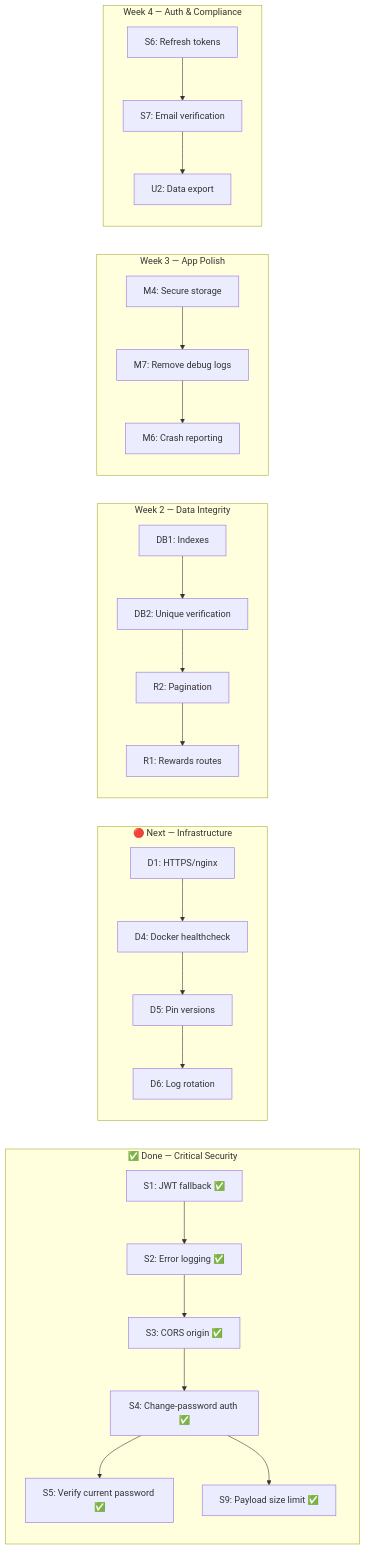
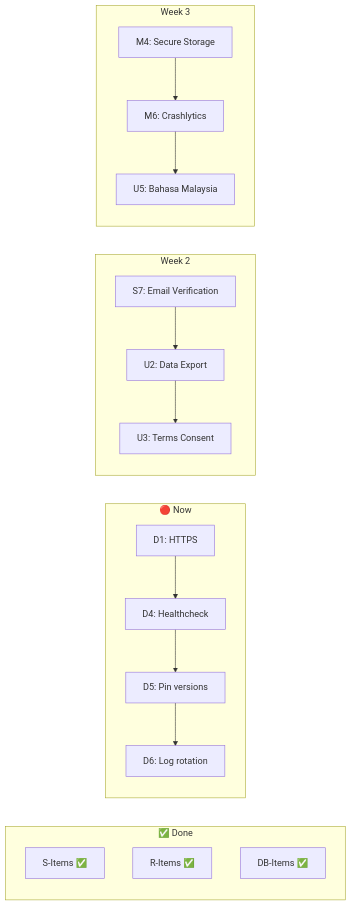
One commit to Najla-Citadel/fraudshield changed the diagram in production_ready_checklist.md. Above: the diagram before and after it, drawn with Mermaid. The commit also changed other lines of this file and 18 other files, not shown here.

````diff
--- a/production_ready_checklist.md
+++ b/production_ready_checklist.md
@@ -188,32 +121,24 @@
 ```mermaid
 flowchart LR
-    subgraph "✅ Done — Critical Security"
-        S1[S1: JWT fallback ✅] --> S2[S2: Error logging ✅]
-        S2 --> S3[S3: CORS origin ✅]
-        S3 --> S4[S4: Change-password auth ✅]
-        S4 --> S5[S5: Verify current password ✅]
-        S4 --> S9[S9: Payload size limit ✅]
+    subgraph "✅ Done"
+        S1["S-Items ✅"]
+        R1["R-Items ✅"]
+        DB1["DB-Items ✅"]
     end
 
-    subgraph "🔴 Next — Infrastructure"
-        D1[D1: HTTPS/nginx] --> D4[D4: Docker healthcheck]
-        D4 --> D5[D5: Pin versions]
-        D5 --> D6[D6: Log rotation]
+    subgraph "🔴 Now"
+        D1["D1: HTTPS"] --> D4["D4: Healthcheck"]
+        D4 --> D5["D5: Pin versions"]
+        D5 --> D6["D6: Log rotation"]
     end
 
-    subgraph "Week 2 — Data Integrity"
-        DB1[DB1: Indexes] --> DB2[DB2: Unique verification]
-        DB2 --> R2[R2: Pagination]
-        R2 --> R1[R1: Rewards routes]
+    subgraph "Week 2"
+        S7["S7: Email Verification"] --> U2["U2: Data Export"]
+        U2 --> U3["U3: Terms Consent"]
     end
 
-    subgraph "Week 3 — App Polish"
-        M4[M4: Secure storage] --> M7[M7: Remove debug logs]
-        M7 --> M6[M6: Crash reporting]
-    end
-
-    subgraph "Week 4 — Auth & Compliance"
-        S6[S6: Refresh tokens] --> S7[S7: Email verification]
-        S7 --> U2[U2: Data export]
+    subgraph "Week 3"
+        M4["M4: Secure Storage"] --> M6["M6: Crashlytics"]
+        M6 --> BM["U5: Bahasa Malaysia"]
     end
 ```
````
